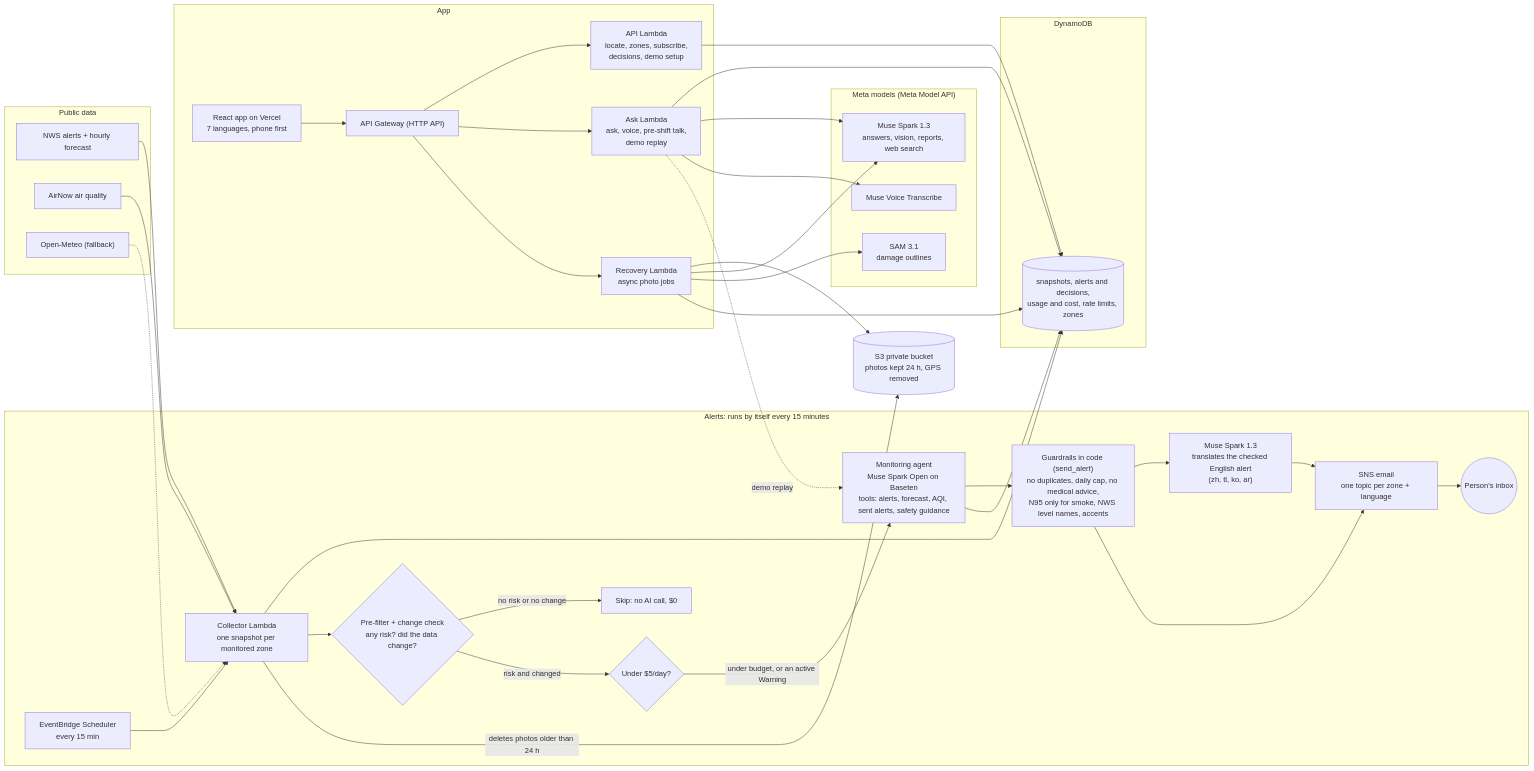
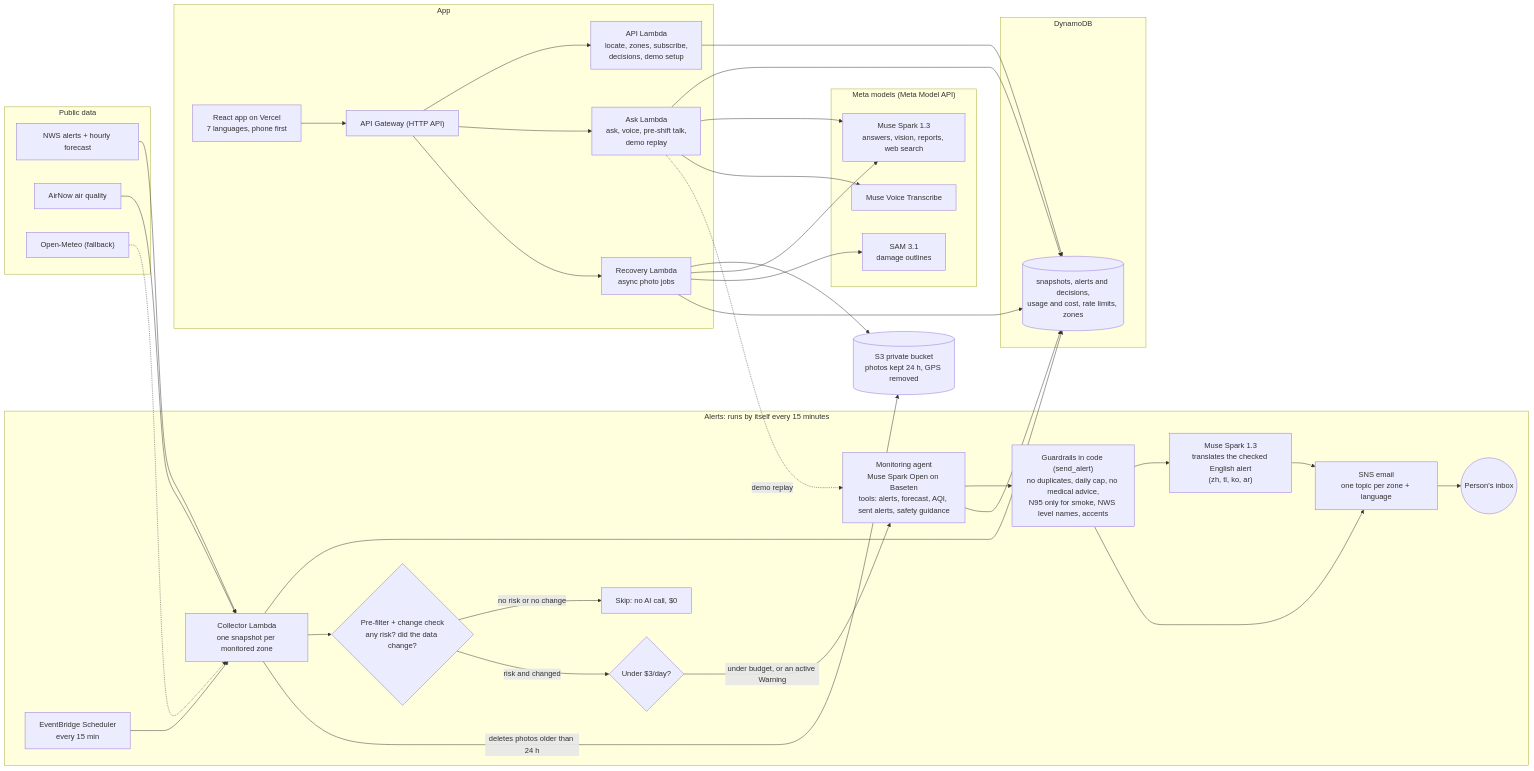
One commit to dangkhoa241/ClimateGuard changed the diagram in README.md. Above: the diagram before and after it, drawn with Mermaid. The commit also changed other lines of this file and 33 other files, not shown here.

````diff
--- a/README.md
+++ b/README.md
@@ -65,72 +65,72 @@
 ```mermaid
 flowchart LR
   subgraph DATA["Public data"]
     NWS["NWS alerts + hourly forecast"]
     AIR["AirNow air quality"]
     OM["Open-Meteo (fallback)"]
   end
 
   subgraph ALERTS["Alerts: runs by itself every 15 minutes"]
     EB["EventBridge Scheduler<br/>every 15 min"]
     COL["Collector Lambda<br/>one snapshot per monitored zone"]
     PRE{"Pre-filter + change check<br/>any risk? did the data change?"}
     SKIP["Skip: no AI call, $0"]
-    BUD{"Under $5/day?"}
+    BUD{"Under $3/day?"}
     AGENT["Monitoring agent<br/>Muse Spark Open on Baseten<br/>tools: alerts, forecast, AQI, sent alerts, safety guidance"]
     GUARD["Guardrails in code (send_alert)<br/>no duplicates, daily cap, no medical advice,<br/>N95 only for smoke, NWS level names, accents"]
     TR["Muse Spark 1.3<br/>translates the checked English alert<br/>(zh, tl, ko, ar)"]
     SNS["SNS email<br/>one topic per zone + language"]
     PERSON(("Person's inbox"))
   end
 
   subgraph STORE["DynamoDB"]
     DB[("snapshots, alerts and decisions,<br/>usage and cost, rate limits, zones")]
   end
 
   subgraph APP["App"]
     FE["React app on Vercel<br/>7 languages, phone first"]
     API["API Gateway (HTTP API)"]
     L1["API Lambda<br/>locate, zones, subscribe,<br/>decisions, demo setup"]
     L2["Ask Lambda<br/>ask, voice, pre-shift talk,<br/>demo replay"]
     L3["Recovery Lambda<br/>async photo jobs"]
   end
 
   subgraph MODELS["Meta models (Meta Model API)"]
     MS["Muse Spark 1.3<br/>answers, vision, reports, web search"]
     VT["Muse Voice Transcribe"]
     SAM["SAM 3.1<br/>damage outlines"]
   end
 
   S3[("S3 private bucket<br/>photos kept 24 h, GPS removed")]
 
   NWS --> COL
   AIR --> COL
   OM -.-> COL
   EB --> COL
   COL --> DB
   COL --> PRE
   PRE -- "no risk or no change" --> SKIP
   PRE -- "risk and changed" --> BUD
   BUD -- "under budget, or an active Warning" --> AGENT
   AGENT --> GUARD
   GUARD --> TR
   TR --> SNS
   GUARD --> SNS
   SNS --> PERSON
   AGENT --> DB
   COL -- "deletes photos older than 24 h" --> S3
 
   FE --> API
   API --> L1
   API --> L2
   API --> L3
   L1 --> DB
   L2 --> DB
   L2 --> MS
   L2 --> VT
   L2 -. "demo replay" .-> AGENT
   L3 --> S3
   L3 --> MS
   L3 --> SAM
   L3 --> DB
 ```
````
